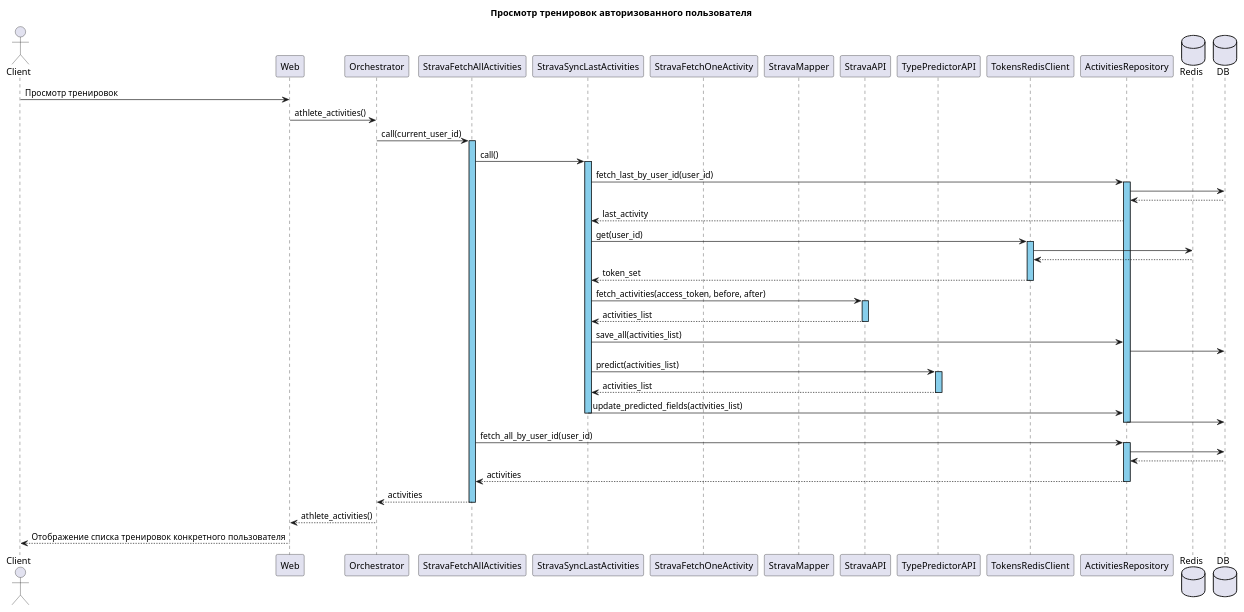
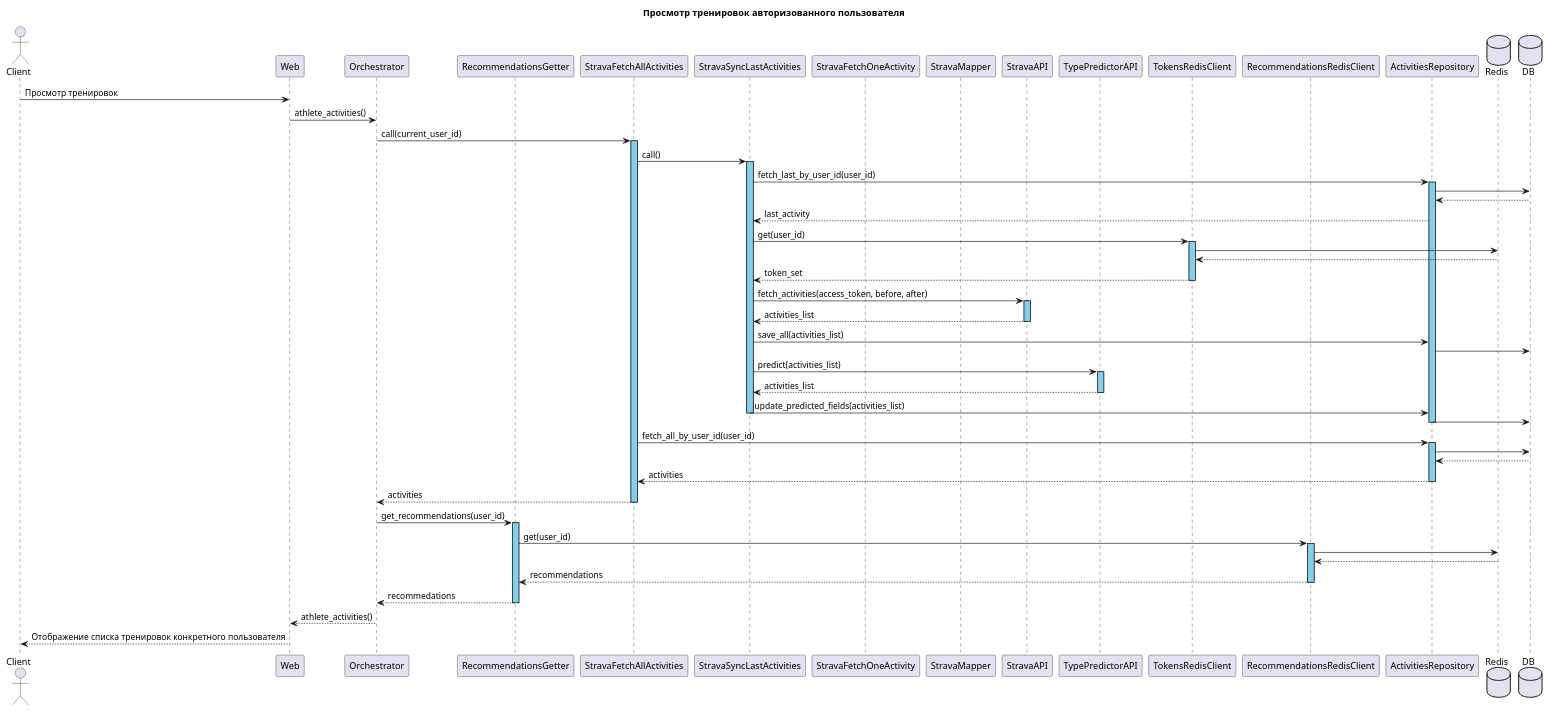
The diagram in diagrams/sequence_activities.puml (VadimBarinov/strava-activity-ui), drawn with PlantUML before and after one commit. The commit also changed 2 other files, not shown here.

Commit message:
update sequence

```diff
--- a/diagrams/sequence_activities.puml
+++ b/diagrams/sequence_activities.puml
@@ -1,51 +1,60 @@
 @startuml
 
 title Просмотр тренировок авторизованного пользователя
 
 actor Client
 participant Web
 participant Orchestrator
+participant RecommendationsGetter
 participant StravaFetchAllActivities
 participant StravaSyncLastActivities
 participant StravaFetchOneActivity
 participant StravaMapper
 participant StravaAPI
 participant TypePredictorAPI
 participant TokensRedisClient
+participant RecommendationsRedisClient
 participant ActivitiesRepository
 database Redis
 database DB 
 
 Client -> Web : Просмотр тренировок
 Web -> Orchestrator : athlete_activities()
 Orchestrator -> StravaFetchAllActivities ++ #SkyBlue : call(current_user_id)
 StravaFetchAllActivities -> StravaSyncLastActivities ++ #SkyBlue : call()
 StravaSyncLastActivities -> ActivitiesRepository ++ #SkyBlue : fetch_last_by_user_id(user_id)
 ActivitiesRepository -> DB
 ActivitiesRepository <-- DB
 StravaSyncLastActivities <-- ActivitiesRepository : last_activity
 StravaSyncLastActivities -> TokensRedisClient ++ #SkyBlue : get(user_id)
 TokensRedisClient -> Redis
 TokensRedisClient <-- Redis
 StravaSyncLastActivities <-- TokensRedisClient -- : token_set
 StravaSyncLastActivities -> StravaAPI ++ #SkyBlue : fetch_activities(access_token, before, after)
 StravaSyncLastActivities <-- StravaAPI -- : activities_list
 StravaSyncLastActivities -> ActivitiesRepository : save_all(activities_list)
 ActivitiesRepository -> DB
 StravaSyncLastActivities -> TypePredictorAPI ++ #SkyBlue : predict(activities_list)
 StravaSyncLastActivities <-- TypePredictorAPI -- : activities_list
 StravaSyncLastActivities -> ActivitiesRepository : update_predicted_fields(activities_list)
 deactivate StravaSyncLastActivities
 ActivitiesRepository -> DB
 deactivate ActivitiesRepository
 
 StravaFetchAllActivities -> ActivitiesRepository ++ #SkyBlue : fetch_all_by_user_id(user_id)
 ActivitiesRepository -> DB
 ActivitiesRepository <-- DB
 StravaFetchAllActivities <-- ActivitiesRepository -- : activities
 Orchestrator <-- StravaFetchAllActivities -- : activities
 
+Orchestrator -> RecommendationsGetter ++ #SkyBlue : get_recommendations(user_id)
+RecommendationsGetter -> RecommendationsRedisClient ++ #SkyBlue : get(user_id)
+RecommendationsRedisClient -> Redis
+RecommendationsRedisClient <-- Redis
+RecommendationsGetter <-- RecommendationsRedisClient -- : recommendations
+Orchestrator <-- RecommendationsGetter -- : recommedations
+
 Web <-- Orchestrator : athlete_activities()
 Client <-- Web : Отображение списка тренировок конкретного пользователя
 
 @enduml
```
